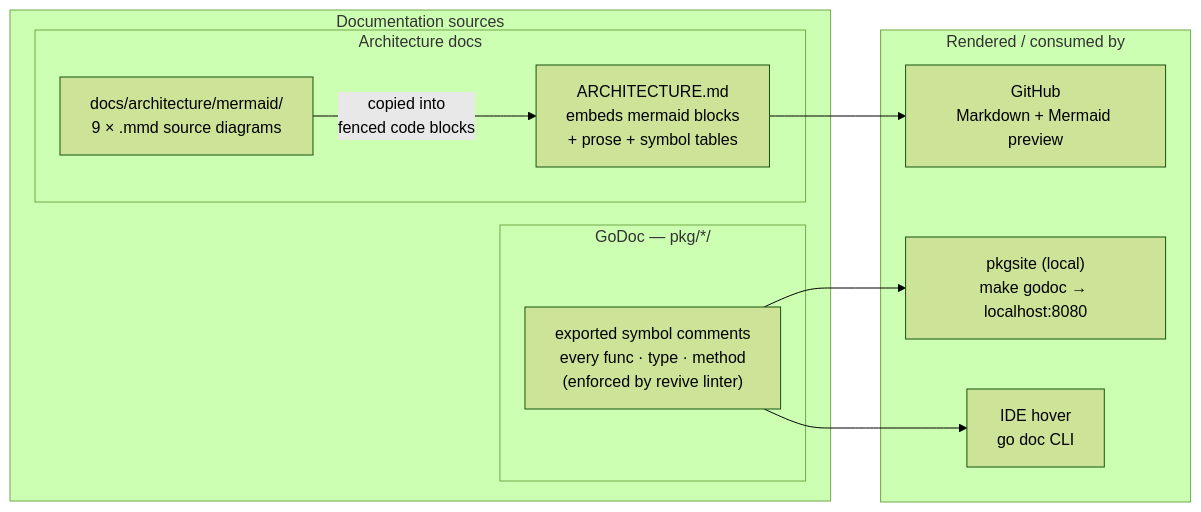
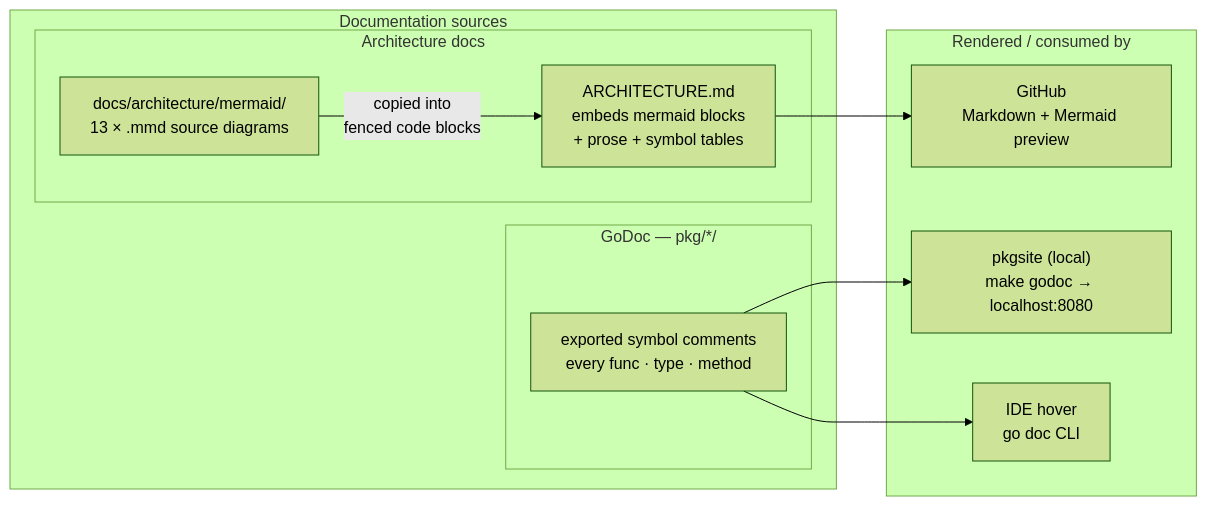
Before and after one commit to BCBP-SOLUTIONS-FZC-LLC/platform-events: the diagram in docs/architecture/mermaid/documentation-assets.mmd, drawn with Mermaid (forest theme). The commit also changed 27 other files, not shown here.

First line of the commit message:
docs: restructure README and ARCHITECTURE, document DLQ forwarding

```diff
--- a/docs/architecture/mermaid/documentation-assets.mmd
+++ b/docs/architecture/mermaid/documentation-assets.mmd
@@ -1,22 +1,22 @@
 graph LR
     subgraph sources["Documentation sources"]
         subgraph godoc_src["GoDoc  —  pkg/*/"]
-            sym["exported symbol comments\nevery func · type · method\n(enforced by revive linter)"]
+            sym["exported symbol comments\nevery func · type · method"]
         end
 
         subgraph arch_src["Architecture docs"]
-            mmd_files["docs/architecture/mermaid/\n9 × .mmd source diagrams"]
+            mmd_files["docs/architecture/mermaid/\n13 × .mmd source diagrams"]
             arch_md["ARCHITECTURE.md\nembeds mermaid blocks\n+ prose + symbol tables"]
         end
     end
 
     subgraph rendered["Rendered / consumed by"]
         pkgsite["pkgsite (local)\nmake godoc → localhost:8080"]
         github_md["GitHub\nMarkdown + Mermaid preview"]
         ide["IDE hover\ngo doc CLI"]
     end
 
     sym     --> pkgsite
     sym     --> ide
     mmd_files -->|"copied into\nfenced code blocks"| arch_md
     arch_md --> github_md
```
